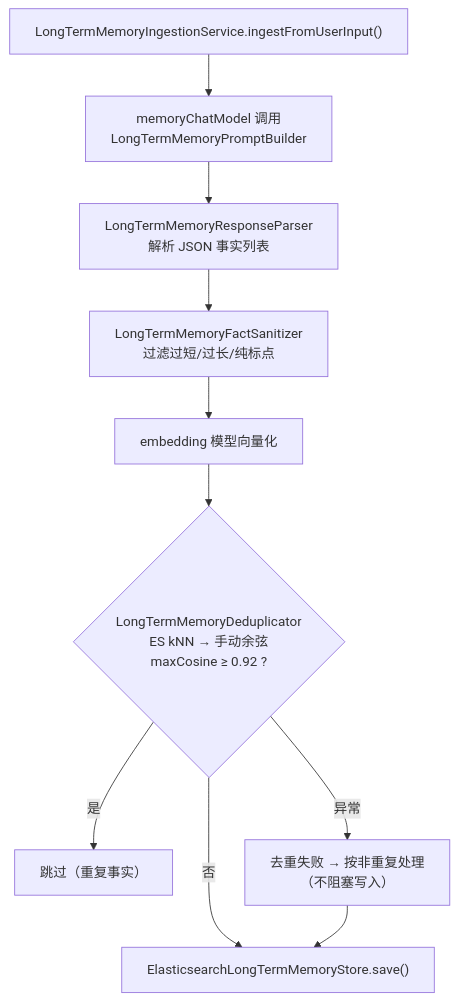
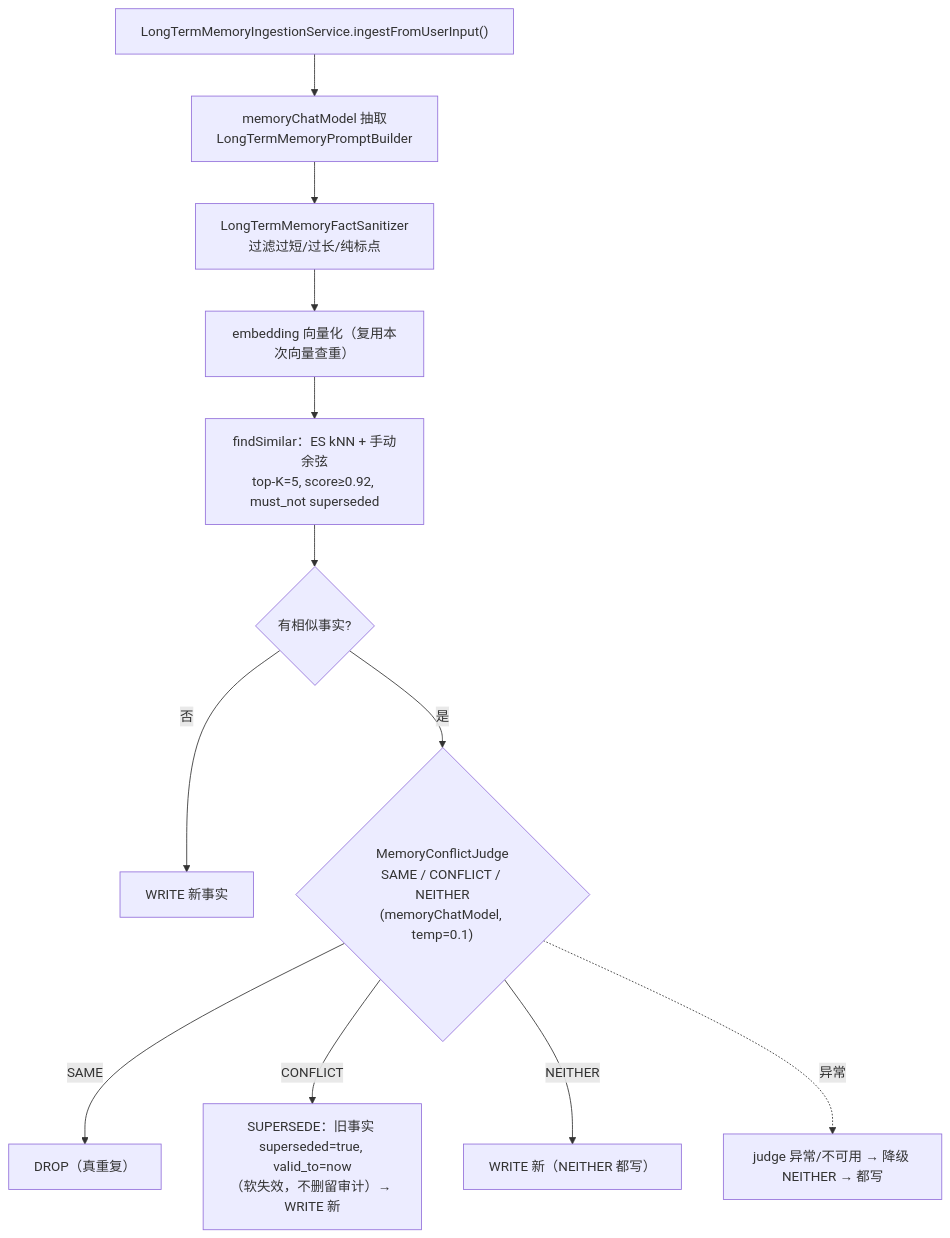
One commit to Yuyu123fish/Fish-Agent changed the third of 3 diagrams in document/模块要点/模块3-分层记忆.md. Above: the diagram before and after it, drawn with Mermaid. The commit also changed other lines of this file and 92 other files, not shown here.

````diff
--- a/document/模块要点/模块3-分层记忆.md
+++ b/document/模块要点/模块3-分层记忆.md
@@ -135,17 +135,23 @@
 ```mermaid
 flowchart TD
     Start["LongTermMemoryIngestionService.ingestFromUserInput()"]
-    LLM["memoryChatModel 调用<br/>LongTermMemoryPromptBuilder"]
-    Parse["LongTermMemoryResponseParser<br/>解析 JSON 事实列表"]
+    LLM["memoryChatModel 抽取<br/>LongTermMemoryPromptBuilder"]
     Sanitize["LongTermMemoryFactSanitizer<br/>过滤过短/过长/纯标点"]
-    Embed["embedding 模型向量化"]
-    DedupCheck{"LongTermMemoryDeduplicator<br/>ES kNN → 手动余弦<br/>maxCosine ≥ 0.92 ?"}
-    Skip["跳过（重复事实）"]
-    Write["ElasticsearchLongTermMemoryStore.save()"]
-    Fail["去重失败 → 按非重复处理<br/>（不阻塞写入）"]
+    Embed["embedding 向量化（复用本次向量查重）"]
+    FindSim["findSimilar：ES kNN + 手动余弦<br/>top-K=5, score≥0.92, must_not superseded"]
+    Empty{"有相似事实?"}
+    Write0["WRITE 新事实"]
+    Judge{"MemoryConflictJudge<br/>SAME / CONFLICT / NEITHER<br/>(memoryChatModel, temp=0.1)"}
+    Drop["DROP（真重复）"]
+    Supersede["SUPERSEDE：旧事实 superseded=true, valid_to=now<br/>（软失效，不删留审计）→ WRITE 新"]
+    WriteN["WRITE 新（NEITHER 都写）"]
+    Fail["judge 异常/不可用 → 降级 NEITHER → 都写"]
 
-    Start --> LLM --> Parse --> Sanitize --> Embed --> DedupCheck
-    DedupCheck -->|是| Skip
-    DedupCheck -->|否| Write
-    DedupCheck -->|异常| Fail --> Write
+    Start --> LLM --> Sanitize --> Embed --> FindSim --> Empty
+    Empty -->|否| Write0
+    Empty -->|是| Judge
+    Judge -->|SAME| Drop
+    Judge -->|CONFLICT| Supersede
+    Judge -->|NEITHER| WriteN
+    Judge -.异常.-> Fail
 ```
````
